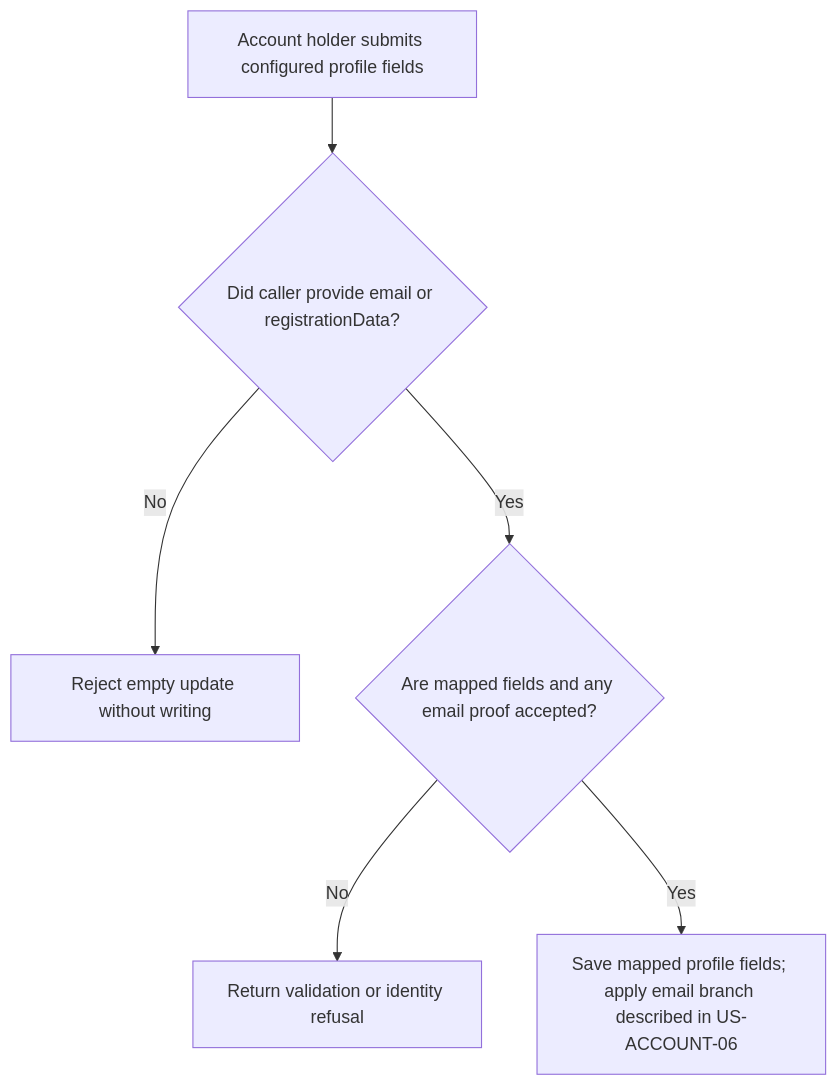
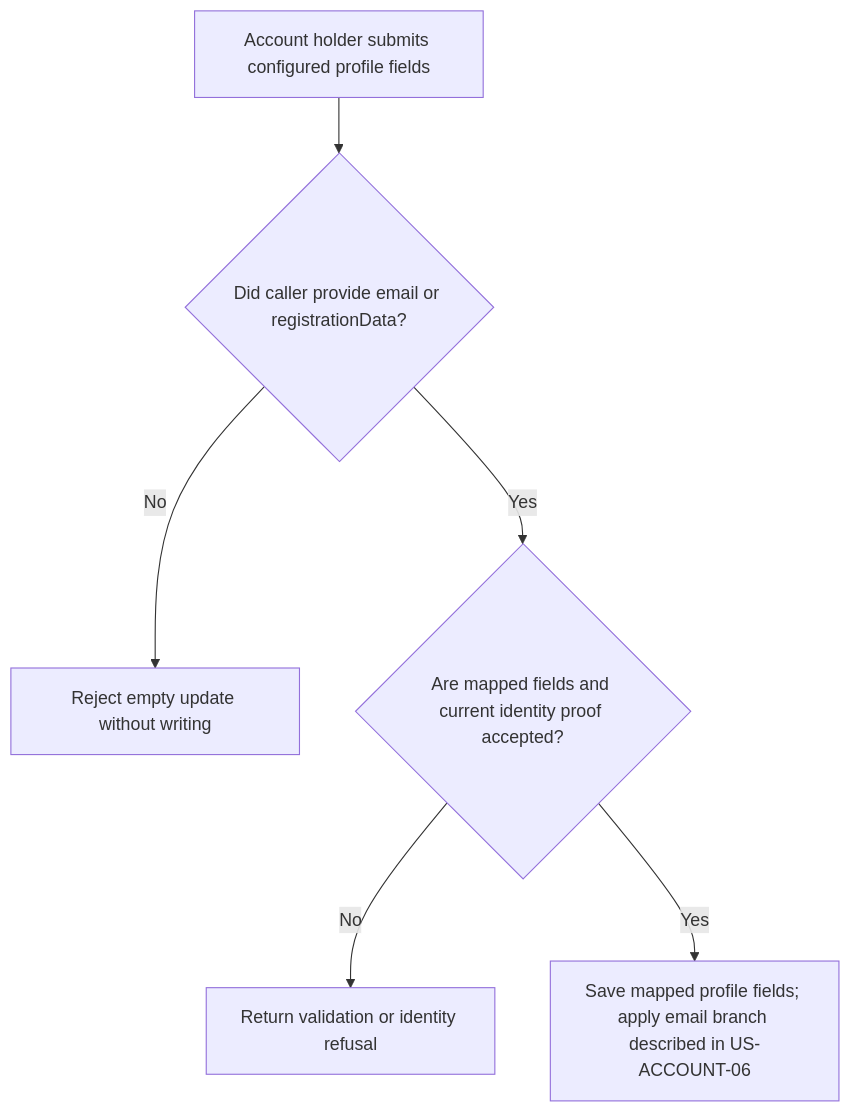
Before and after one commit to Kevinjohn/oss-adonisjs-account-kit: the first of 2 diagrams in user-stories/US-ACCOUNT-07-update-profile.md, drawn with Mermaid. The commit also changed other lines of this file and 43 other files, not shown here.

````diff
--- a/user-stories/US-ACCOUNT-07-update-profile.md
+++ b/user-stories/US-ACCOUNT-07-update-profile.md
@@ -18,8 +18,8 @@
 ```mermaid
 flowchart TD
  A["Account holder submits configured profile fields"] --> B{"Did caller provide email or registrationData?"}
  B -->|No| C["Reject empty update without writing"]
- B -->|Yes| D{"Are mapped fields and any email proof accepted?"}
+ B -->|Yes| D{"Are mapped fields and current identity proof accepted?"}
  D -->|No| E["Return validation or identity refusal"]
  D -->|Yes| F["Save mapped profile fields; apply email branch described in US-ACCOUNT-06"]
 ```
````
